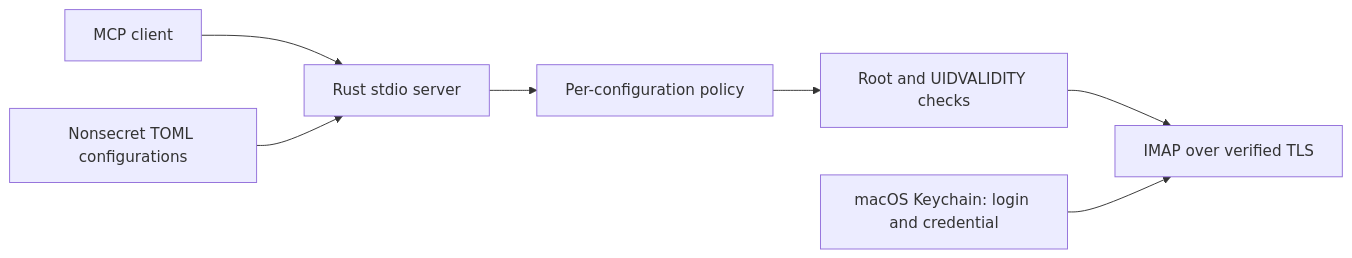
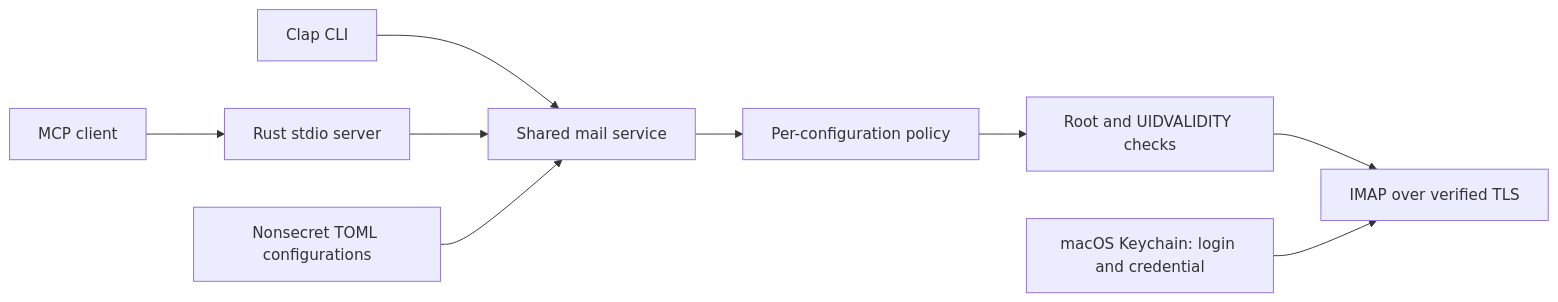
Before and after one commit to kwdev/taxudromeio: the diagram in book/design/index.md, drawn with Mermaid. The commit also changed other lines of this file and 32 other files, not shown here.

First line of the commit message:
Add shared CLI operations, profile import and detailed usage guide

````diff
--- a/book/design/index.md
+++ b/book/design/index.md
@@ -5,9 +5,11 @@
 ```mermaid
 flowchart LR
     Client["MCP client"] --> Server["Rust stdio server"]
-    Config["Nonsecret TOML configurations"] --> Server
-    Server --> Policy["Per-configuration policy"]
+    CLI["Clap CLI"] --> Service["Shared mail service"]
+    Server --> Service
+    Config["Nonsecret TOML configurations"] --> Service
+    Service --> Policy["Per-configuration policy"]
     Policy --> Scope["Root and UIDVALIDITY checks"]
     Scope --> IMAP["IMAP over verified TLS"]
     Keychain["macOS Keychain: login and credential"] --> IMAP
 ```
````
